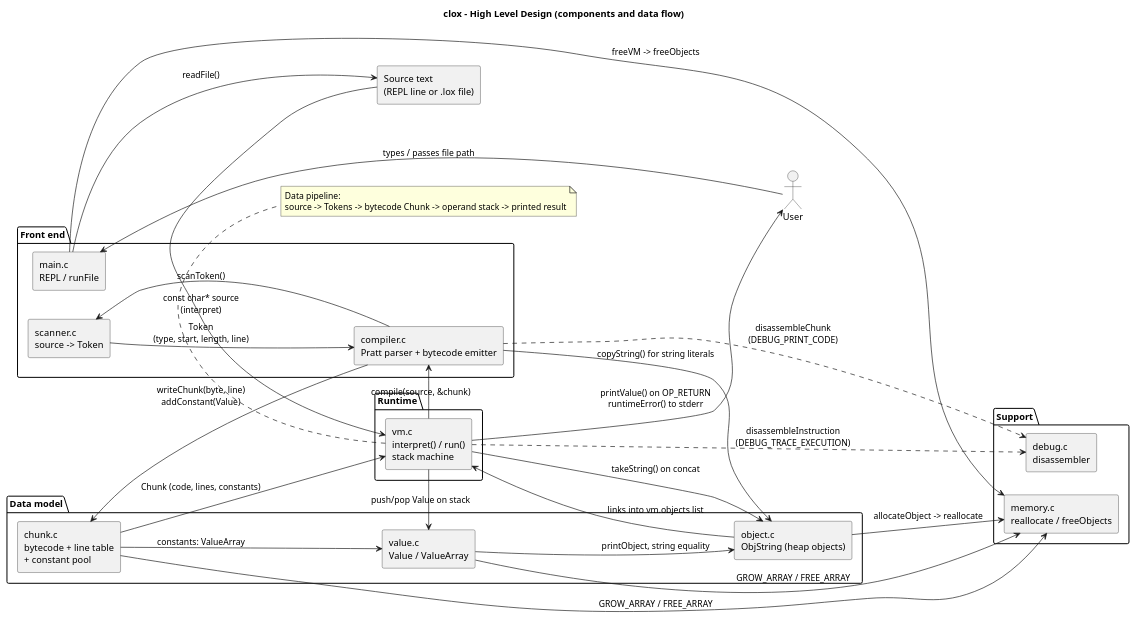
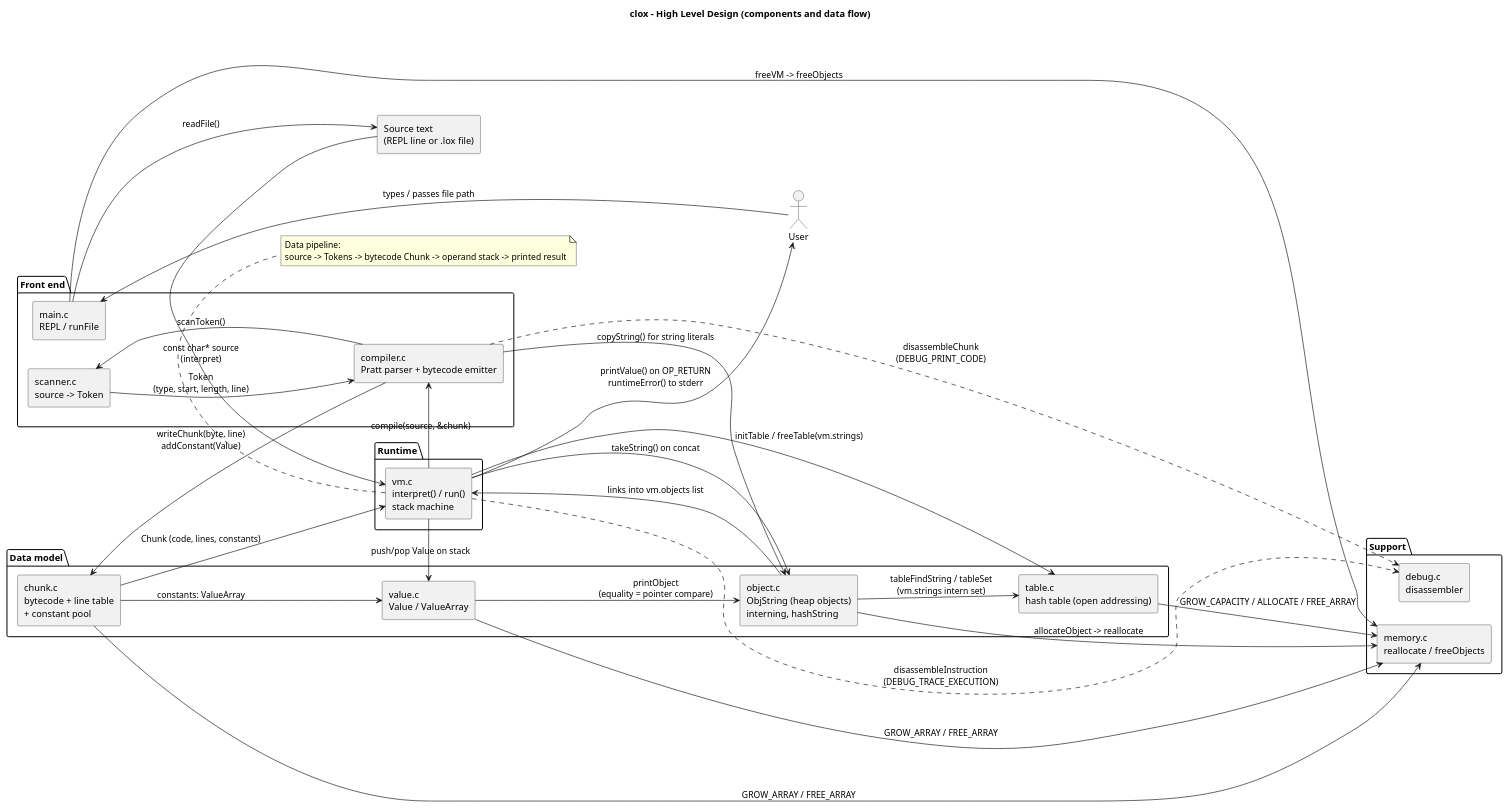
Before and after one commit to thegoddo/clox: the diagram in docs/puml/hld.puml, drawn with PlantUML. The commit also changed 25 other files, not shown here.

```diff
--- a/docs/puml/hld.puml
+++ b/docs/puml/hld.puml
@@ -1,60 +1,64 @@
 @startuml hld
 title clox - High Level Design (components and data flow)
 skinparam componentStyle rectangle
 left to right direction
 
 actor User
 rectangle "Source text\n(REPL line or .lox file)" as SRC
 
 package "Front end" {
   component "main.c\nREPL / runFile" as MAIN
   component "scanner.c\nsource -> Token" as SCAN
   component "compiler.c\nPratt parser + bytecode emitter" as COMP
 }
 
 package "Runtime" {
   component "vm.c\ninterpret() / run()\nstack machine" as VM
 }
 
 package "Data model" {
   component "chunk.c\nbytecode + line table\n+ constant pool" as CHUNK
   component "value.c\nValue / ValueArray" as VALUE
-  component "object.c\nObjString (heap objects)" as OBJECT
+  component "object.c\nObjString (heap objects)\ninterning, hashString" as OBJECT
+  component "table.c\nhash table (open addressing)" as TABLE
 }
 
 package "Support" {
   component "memory.c\nreallocate / freeObjects" as MEM
   component "debug.c\ndisassembler" as DEBUG
 }
 
 User --> MAIN : types / passes file path
 MAIN --> SRC : readFile()
 SRC --> VM : const char* source\n(interpret)
 
 VM --> COMP : compile(source, &chunk)
 COMP --> SCAN : scanToken()
 SCAN --> COMP : Token\n(type, start, length, line)
 COMP --> CHUNK : writeChunk(byte, line)\naddConstant(Value)
 COMP --> OBJECT : copyString() for string literals
 
 CHUNK --> VM : Chunk (code, lines, constants)
 VM --> VALUE : push/pop Value on stack
 VM --> OBJECT : takeString() on concat
 VM --> User : printValue() on OP_RETURN\nruntimeError() to stderr
 
 CHUNK --> VALUE : constants: ValueArray
-VALUE --> OBJECT : printObject, string equality
+VALUE --> OBJECT : printObject\n(equality = pointer compare)
 OBJECT --> MEM : allocateObject -> reallocate
 OBJECT --> VM : links into vm.objects list
+OBJECT --> TABLE : tableFindString / tableSet\n(vm.strings intern set)
+VM --> TABLE : initTable / freeTable(vm.strings)
+TABLE --> MEM : GROW_CAPACITY / ALLOCATE / FREE_ARRAY
 CHUNK --> MEM : GROW_ARRAY / FREE_ARRAY
 VALUE --> MEM : GROW_ARRAY / FREE_ARRAY
 MAIN --> MEM : freeVM -> freeObjects
 
 COMP ..> DEBUG : disassembleChunk\n(DEBUG_PRINT_CODE)
 VM ..> DEBUG : disassembleInstruction\n(DEBUG_TRACE_EXECUTION)
 
 note bottom of VM
   Data pipeline:
   source -> Tokens -> bytecode Chunk -> operand stack -> printed result
 end note
 @enduml
```
